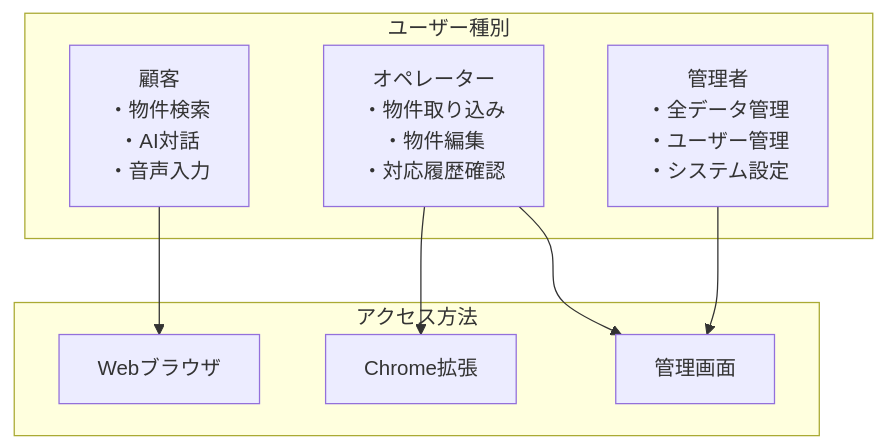
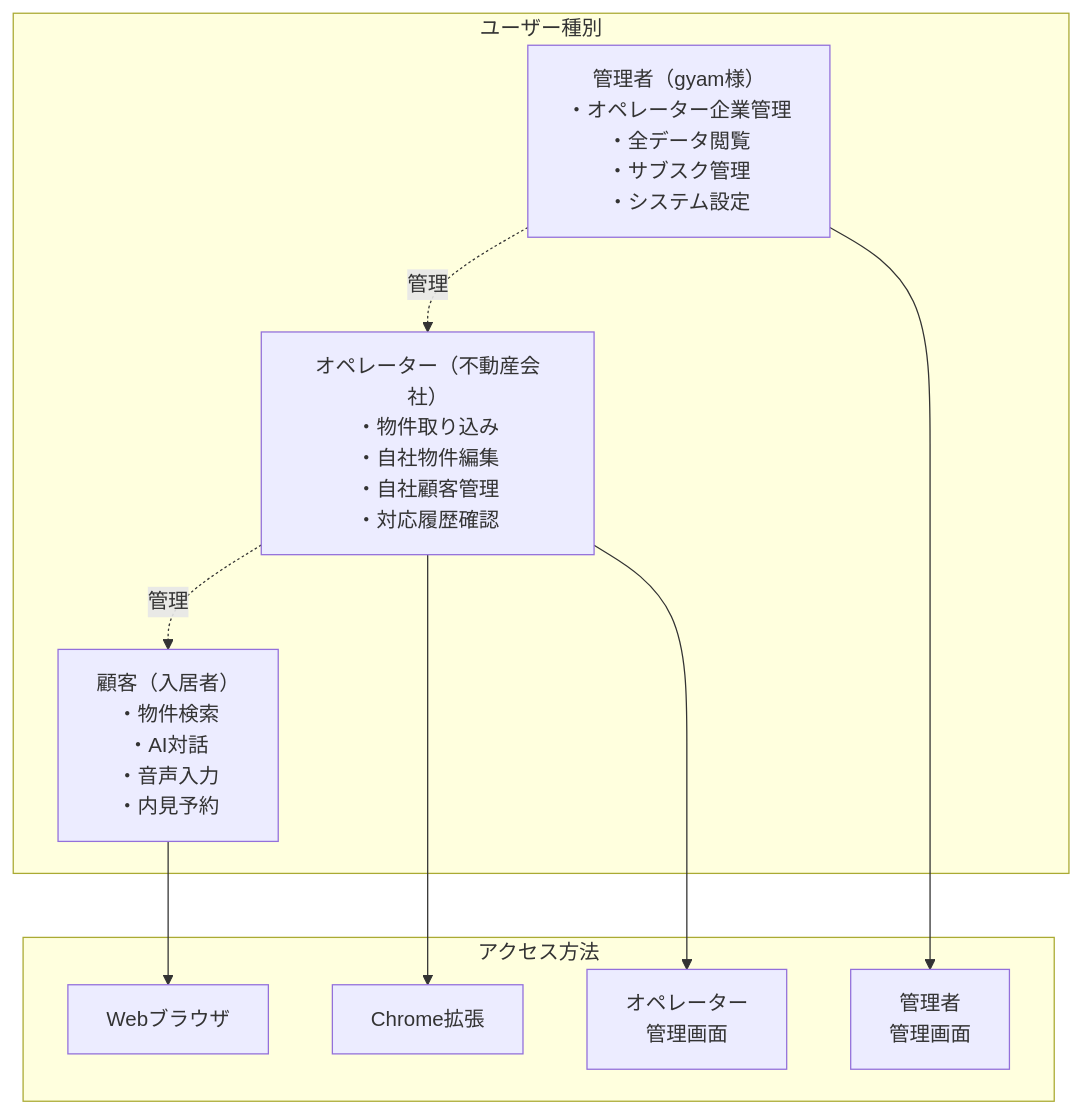
Before and after one commit to koma-ry1117/ieguchi: the first of 6 diagrams in docs/system_architecture.md, drawn with Mermaid. The commit also changed other lines of this file and 8 other files, not shown here.

Commit message:
Add admin API documentation for operator management, including endpoints for listing, creating, updating, and deleting operators, as well as retrieving system statistics. Update architecture and database design to reflect new operator and customer relationships.

````diff
--- a/docs/system_architecture.md
+++ b/docs/system_architecture.md
@@ -37,19 +44,22 @@
 ```mermaid
 graph TB
     subgraph Users["ユーザー種別"]
-        Customer["顧客<br/>・物件検索<br/>・AI対話<br/>・音声入力"]
-        Operator["オペレーター<br/>・物件取り込み<br/>・物件編集<br/>・対応履歴確認"]
-        Admin["管理者<br/>・全データ管理<br/>・ユーザー管理<br/>・システム設定"]
+        Admin["管理者（gyam様）<br/>・オペレーター企業管理<br/>・全データ閲覧<br/>・サブスク管理<br/>・システム設定"]
+        Operator["オペレーター（不動産会社）<br/>・物件取り込み<br/>・自社物件編集<br/>・自社顧客管理<br/>・対応履歴確認"]
+        Customer["顧客（入居者）<br/>・物件検索<br/>・AI対話<br/>・音声入力<br/>・内見予約"]
     end
-    
+
     subgraph Interfaces["アクセス方法"]
         Web["Webブラウザ"]
         Extension["Chrome拡張"]
-        Dashboard["管理画面"]
+        OperatorDash["オペレーター<br/>管理画面"]
+        AdminDash["管理者<br/>管理画面"]
     end
-    
+
+    Admin --> AdminDash
+    Admin -.管理.-> Operator
+    Operator --> Extension
+    Operator --> OperatorDash
+    Operator -.管理.-> Customer
     Customer --> Web
-    Operator --> Extension
-    Operator --> Dashboard
-    Admin --> Dashboard
 ```
````
